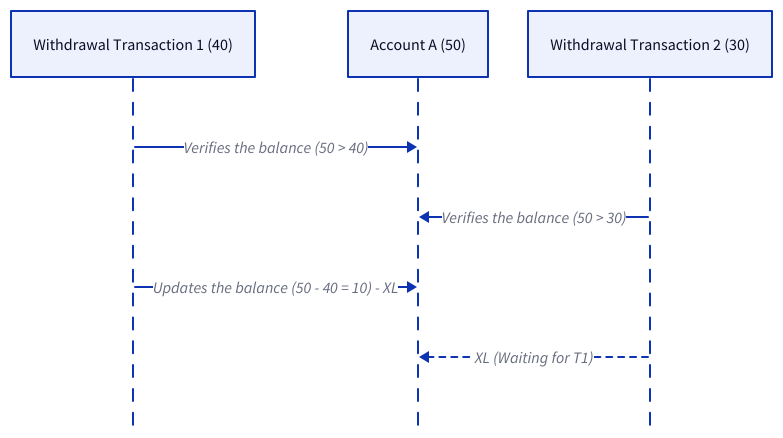
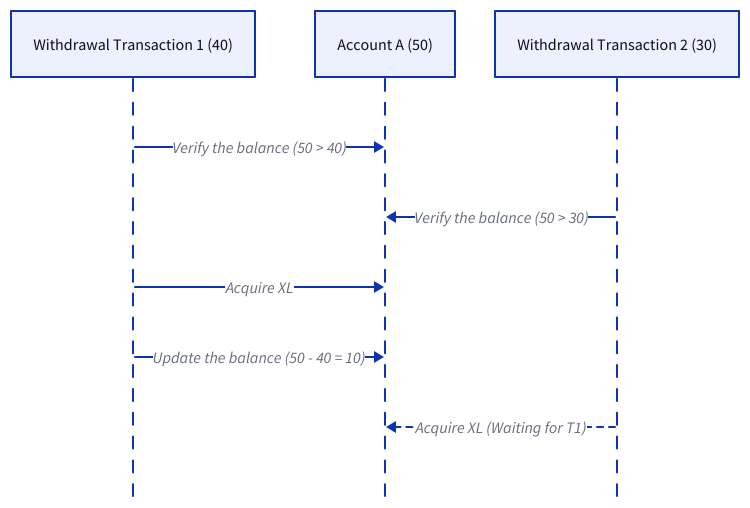
One commit to link1905/system-design-101 changed diagram 16 of 23 in content/data-persistence/sql-database/concurrency-control.md. Above: the diagram before and after it, drawn with D2. The commit also changed other lines of this file and 13 other files, not shown here.

````diff
--- a/content/data-persistence/sql-database/concurrency-control.md
+++ b/content/data-persistence/sql-database/concurrency-control.md
@@ -624,13 +622,13 @@
 ```d2
-
 shape: sequence_diagram
 t1: Withdrawal Transaction 1 (40)
 a: Account A (50)
 t2: Withdrawal Transaction 2 (30)
-t1 -> a: Verifies the balance (50 > 40)
-t2 -> a: Verifies the balance (50 > 30)
-t1 -> a: Updates the balance (50 - 40 = 10) - XL
-t2 -> a: XL (Waiting for T1) {
+t1 -> a: Verify the balance (50 > 40)
+t2 -> a: Verify the balance (50 > 30)
+t1 -> a: Acquire XL
+t1 -> a: Update the balance (50 - 40 = 10)
+t2 -> a: Acquire XL (Waiting for T1) {
     style.stroke-dash: 3
 }
 ```
````
